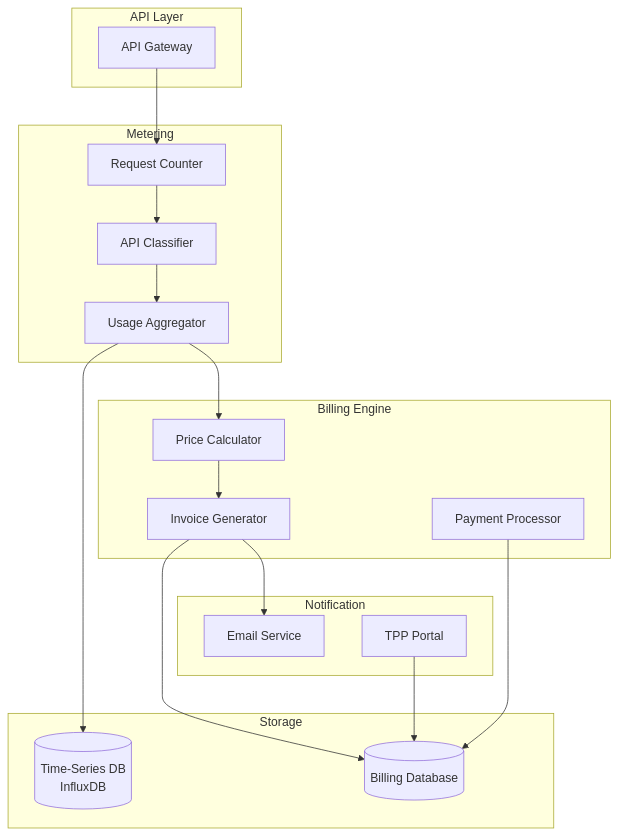
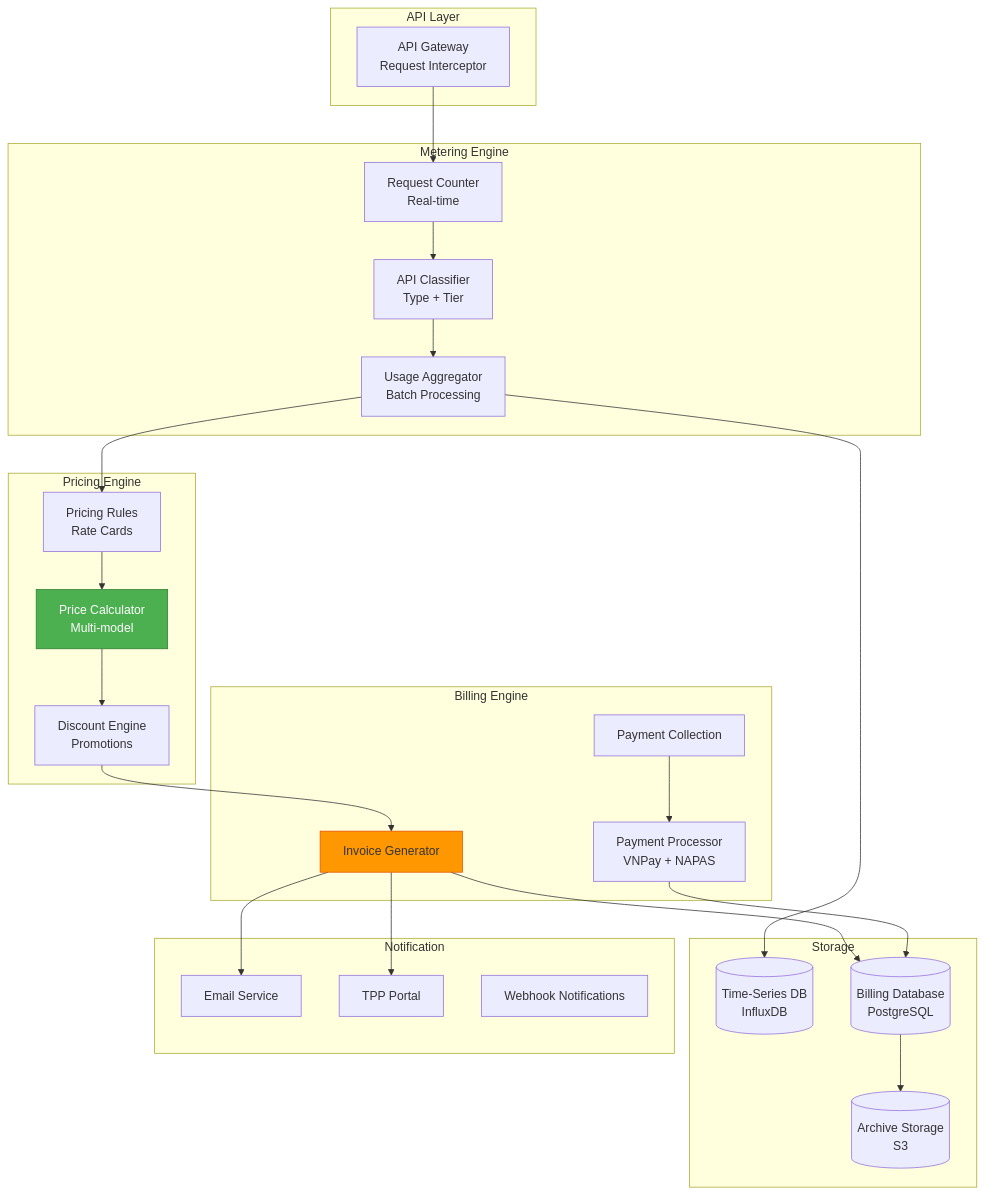
Before and after one commit to huuhoait/openbanking-vn-specs: the first of 15 diagrams in 09-Thuong-mai-hoa-API.md, drawn with Mermaid. The commit also changed other lines of this file and 14 other files, not shown here.

````diff
--- a/09-Thuong-mai-hoa-API.md
+++ b/09-Thuong-mai-hoa-API.md
@@ -9,43 +19,59 @@
 ```mermaid
 graph TB
     subgraph "API Layer"
-        Gateway[API Gateway]
+        Gateway[API Gateway<br/>Request Interceptor]
     end
     
-    subgraph "Metering"
-        Counter[Request Counter]
-        Classifier[API Classifier]
-        Aggregator[Usage Aggregator]
+    subgraph "Metering Engine"
+        Counter[Request Counter<br/>Real-time]
+        Classifier[API Classifier<br/>Type + Tier]
+        Aggregator[Usage Aggregator<br/>Batch Processing]
+    end
+    
+    subgraph "Pricing Engine"
+        Rules[Pricing Rules<br/>Rate Cards]
+        Calculator[Price Calculator<br/>Multi-model]
+        Discounts[Discount Engine<br/>Promotions]
     end
     
     subgraph "Billing Engine"
-        Calculator[Price Calculator]
         Invoice[Invoice Generator]
-        Payment[Payment Processor]
+        Payment[Payment Processor<br/>VNPay + NAPAS]
+        Collection[Payment Collection]
     end
     
     subgraph "Storage"
         Metrics[(Time-Series DB<br/>InfluxDB)]
-        Billing_DB[(Billing Database)]
+        Billing_DB[(Billing Database<br/>PostgreSQL)]
+        Archive[(Archive Storage<br/>S3)]
     end
     
     subgraph "Notification"
         Email[Email Service]
         Portal[TPP Portal]
+        Webhook[Webhook Notifications]
     end
     
     Gateway --> Counter
     Counter --> Classifier
     Classifier --> Aggregator
     
     Aggregator --> Metrics
-    Aggregator --> Calculator
+    Aggregator --> Rules
     
-    Calculator --> Invoice
+    Rules --> Calculator
+    Calculator --> Discounts
+    Discounts --> Invoice
+    
     Invoice --> Billing_DB
     Invoice --> Email
+    Invoice --> Portal
     
     Payment --> Billing_DB
+    Collection --> Payment
     
-    Portal --> Billing_DB
+    Billing_DB --> Archive
+    
+    style Calculator fill:#4caf50,stroke:#2e7d32,color:#fff
+    style Invoice fill:#ff9800,stroke:#e65100
 ```
````
